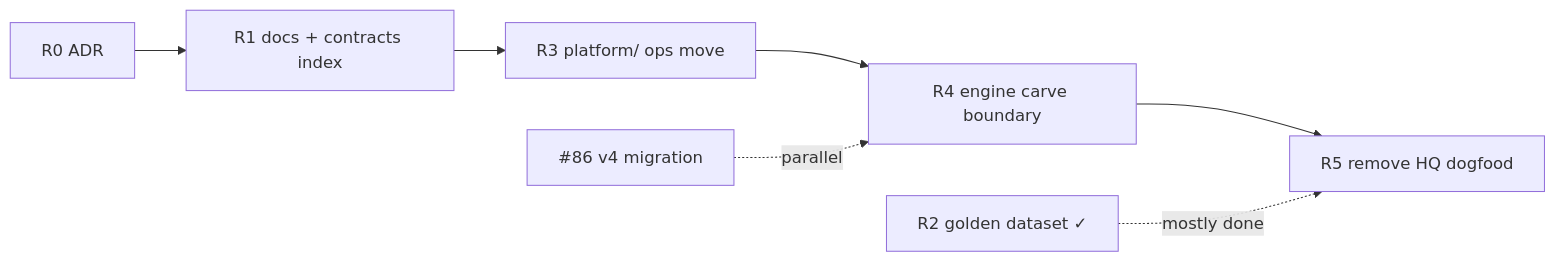
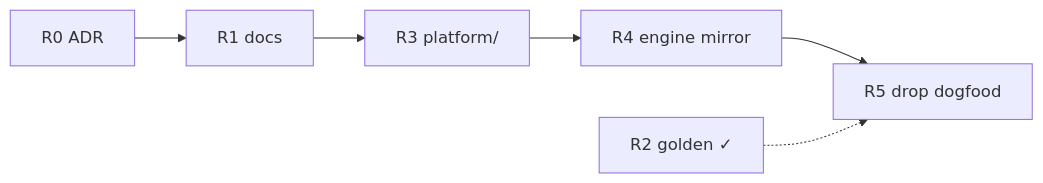
One commit to sibling-shipyard/coach-hq changed the second of 2 diagrams in docs/hq-restructure-plan.md. Above: the diagram before and after it, drawn with Mermaid. The commit also changed other lines of this file and 7 other files, not shown here.

````diff
--- a/docs/hq-restructure-plan.md
+++ b/docs/hq-restructure-plan.md
@@ -165,9 +43,8 @@
 ```mermaid
 flowchart LR
-  R0["R0 ADR"] --> R1["R1 docs + contracts index"]
-  R1 --> R3["R3 platform/ ops move"]
-  R3 --> R4["R4 engine carve boundary"]
-  R4 --> R5["R5 remove HQ dogfood"]
-  R2done["R2 golden dataset ✓"] -.->|mostly done| R5
-  v4["#86 v4 migration"] -.->|parallel| R4
+  R0["R0 ADR"] --> R1["R1 docs"]
+  R1 --> R3["R3 platform/"]
+  R3 --> R4["R4 engine mirror"]
+  R4 --> R5["R5 drop dogfood"]
+  R2["R2 golden ✓"] -.-> R5
 ```
````
